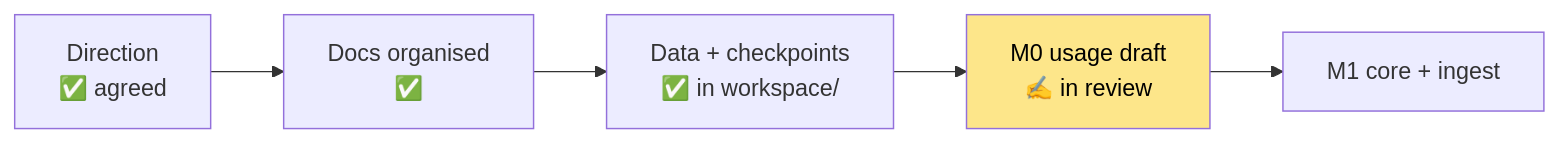
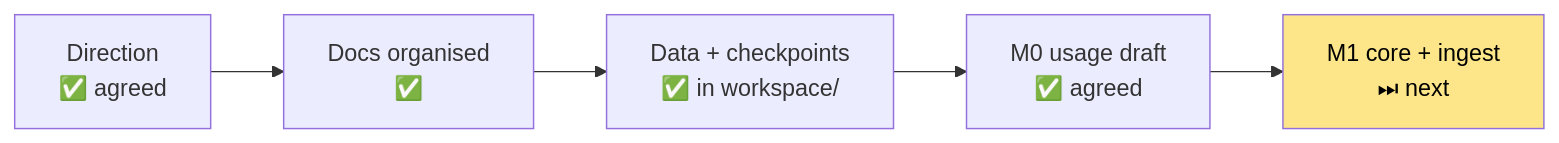
One commit to cupcakes04/Rin changed the diagram in dev/notes/state.md. Above: the diagram before and after it, drawn with Mermaid. The commit also changed other lines of this file and 6 other files, not shown here.

````diff
--- a/dev/notes/state.md
+++ b/dev/notes/state.md
@@ -9,5 +9,5 @@
 ```mermaid
 flowchart LR
-    A["Direction<br/>✅ agreed"] --> B["Docs organised<br/>✅"] --> C["Data + checkpoints<br/>✅ in workspace/"] --> D["M0 usage draft<br/>✍ in review"] --> E["M1 core + ingest"]
-    style D fill:#fde68a,color:#000
+    A["Direction<br/>✅ agreed"] --> B["Docs organised<br/>✅"] --> C["Data + checkpoints<br/>✅ in workspace/"] --> D["M0 usage draft<br/>✅ agreed"] --> E["M1 core + ingest<br/>⏭ next"]
+    style E fill:#fde68a,color:#000
 ```
````
